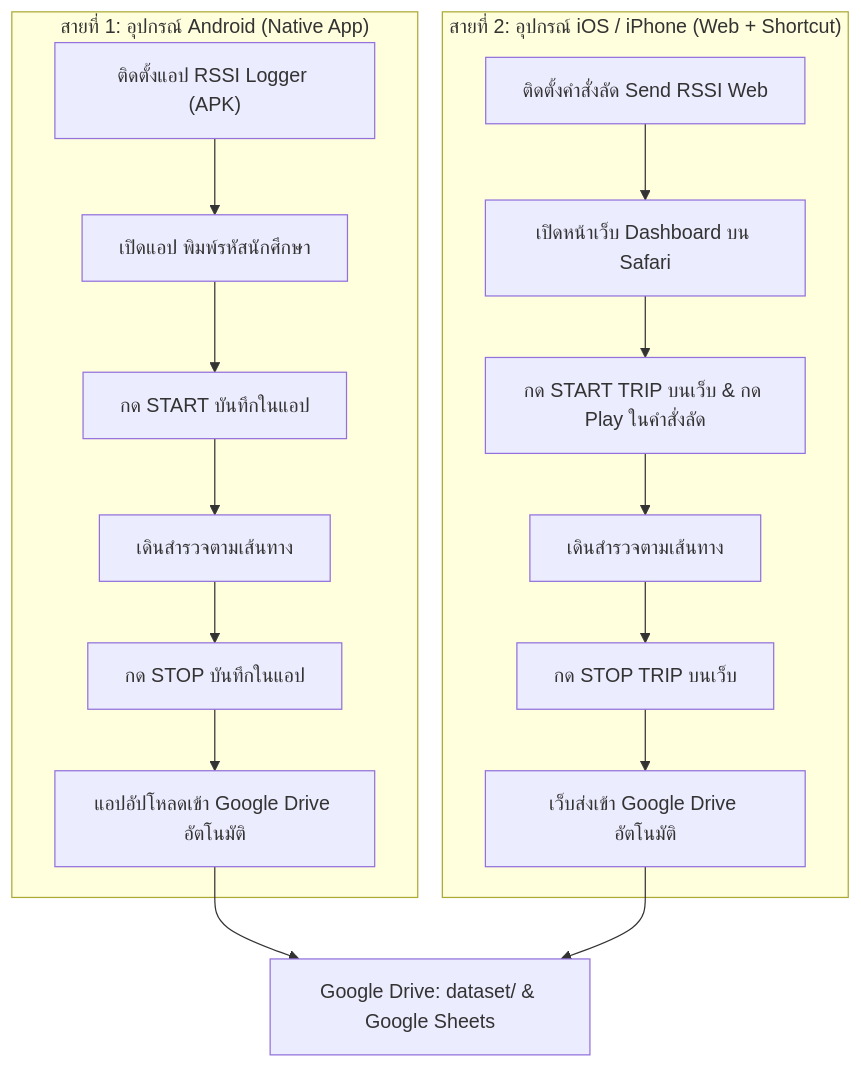
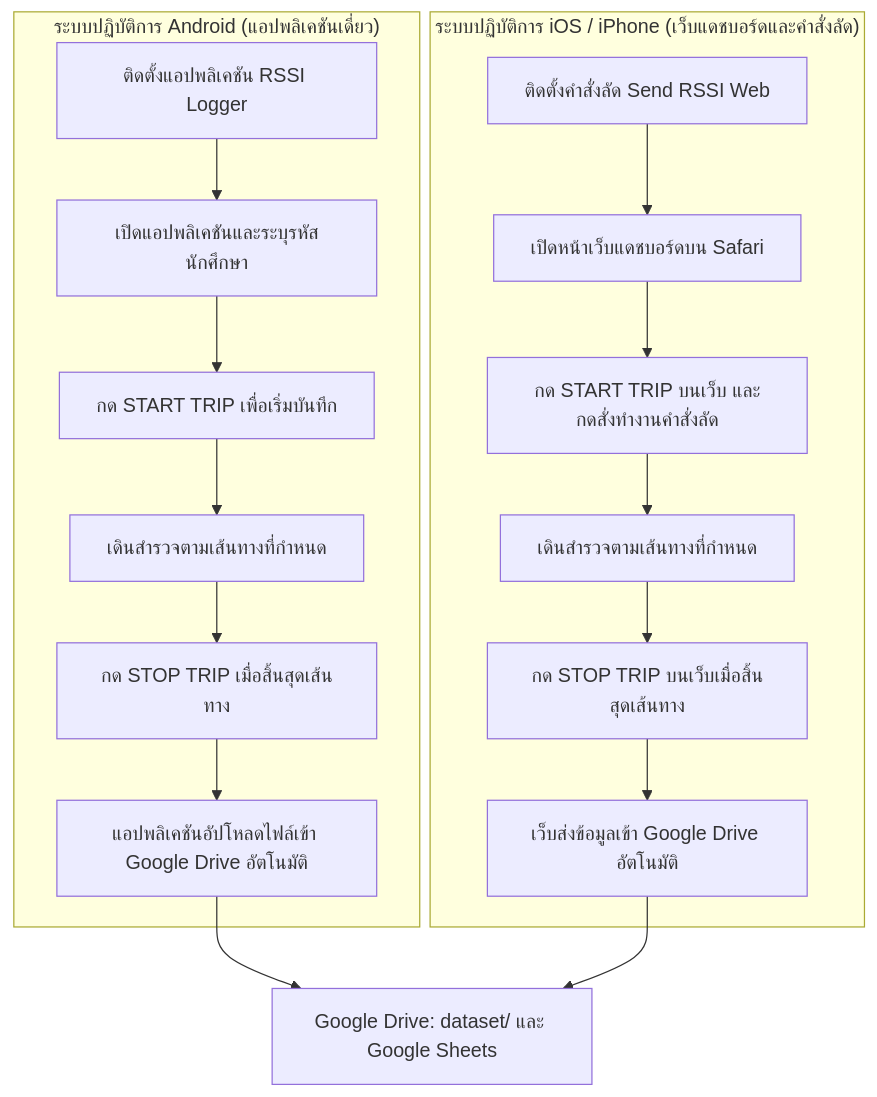
The first of 2 diagrams in README.md (Kitsada4435/rssi-web-logger), drawn with Mermaid before and after one commit. The commit also changed other lines of this file, not shown here.

Commit message:
docs: formalize academic language, embed download links, restrict platforms to android and ios

````diff
--- a/README.md
+++ b/README.md
@@ -40,21 +40,21 @@
 ```mermaid
 flowchart TD
-    subgraph AndroidPath ["สายที่ 1: อุปกรณ์ Android (Native App)"]
-        A1["ติดตั้งแอป RSSI Logger (APK)"] --> A2["เปิดแอป พิมพ์รหัสนักศึกษา"]
-        A2 --> A3["กด START บันทึกในแอป"]
-        A3 --> A4["เดินสำรวจตามเส้นทาง"]
-        A4 --> A5["กด STOP บันทึกในแอป"]
-        A5 --> A6["แอปอัปโหลดเข้า Google Drive อัตโนมัติ"]
+    subgraph AndroidSystem ["ระบบปฏิบัติการ Android (แอปพลิเคชันเดี่ยว)"]
+        A1["ติดตั้งแอปพลิเคชัน RSSI Logger"] --> A2["เปิดแอปพลิเคชันและระบุรหัสนักศึกษา"]
+        A2 --> A3["กด START TRIP เพื่อเริ่มบันทึก"]
+        A3 --> A4["เดินสำรวจตามเส้นทางที่กำหนด"]
+        A4 --> A5["กด STOP TRIP เมื่อสิ้นสุดเส้นทาง"]
+        A5 --> A6["แอปพลิเคชันอัปโหลดไฟล์เข้า Google Drive อัตโนมัติ"]
     end
 
-    subgraph iOSPath ["สายที่ 2: อุปกรณ์ iOS / iPhone (Web + Shortcut)"]
-        B1["ติดตั้งคำสั่งลัด Send RSSI Web"] --> B2["เปิดหน้าเว็บ Dashboard บน Safari"]
-        B2 --> B3["กด START TRIP บนเว็บ & กด Play ในคำสั่งลัด"]
-        B3 --> B4["เดินสำรวจตามเส้นทาง"]
-        B4 --> B5["กด STOP TRIP บนเว็บ"]
-        B5 --> B6["เว็บส่งเข้า Google Drive อัตโนมัติ"]
+    subgraph iOSSystem ["ระบบปฏิบัติการ iOS / iPhone (เว็บแดชบอร์ดและคำสั่งลัด)"]
+        B1["ติดตั้งคำสั่งลัด Send RSSI Web"] --> B2["เปิดหน้าเว็บแดชบอร์ดบน Safari"]
+        B2 --> B3["กด START TRIP บนเว็บ และกดสั่งทำงานคำสั่งลัด"]
+        B3 --> B4["เดินสำรวจตามเส้นทางที่กำหนด"]
+        B4 --> B5["กด STOP TRIP บนเว็บเมื่อสิ้นสุดเส้นทาง"]
+        B5 --> B6["เว็บส่งข้อมูลเข้า Google Drive อัตโนมัติ"]
     end
 
-    A6 --> CentralStorage["Google Drive: dataset/ & Google Sheets"]
-    B6 --> CentralStorage
+    A6 --> Storage["Google Drive: dataset/ และ Google Sheets"]
+    B6 --> Storage
 ```
````
